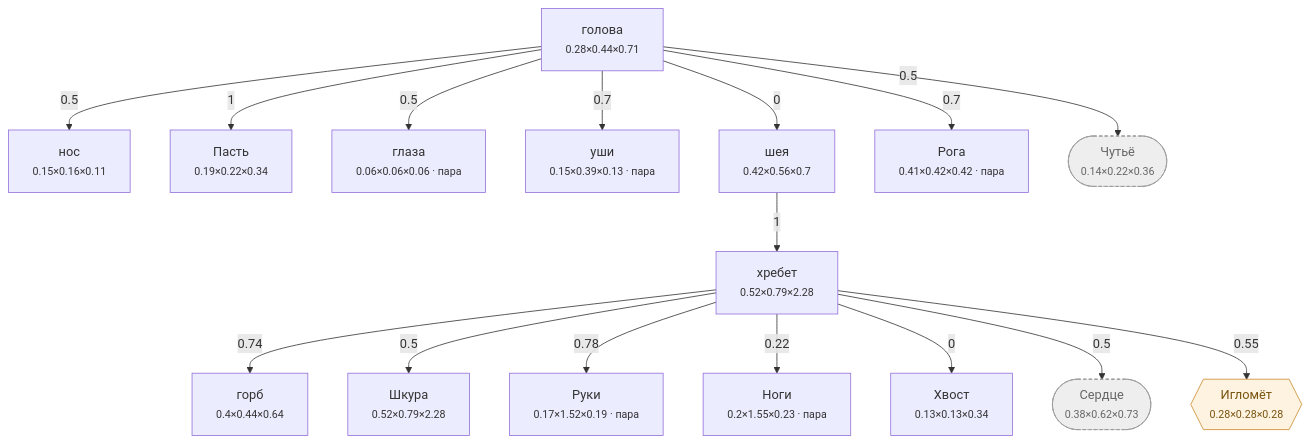
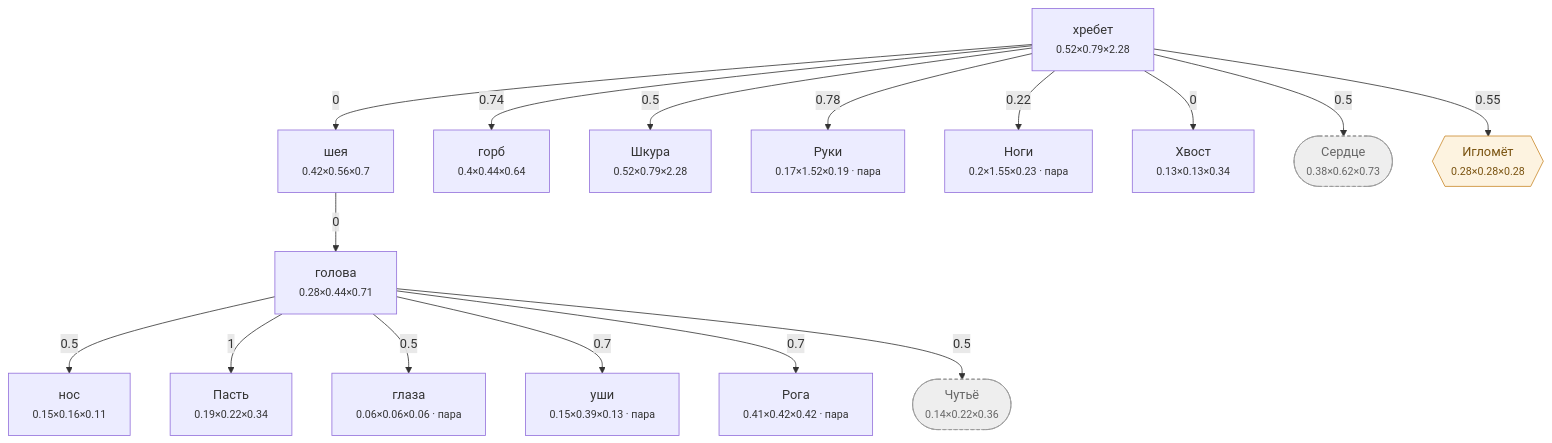
One commit to darklordshish/ChimeraEvolution-2026-06-26_15-29-59 changed the diagram in Docs/Диаграммы/Лось.md. Above: the diagram before and after it, drawn with Mermaid. The commit also changed other lines of this file and 6 other files, not shown here.

````diff
--- a/Docs/Диаграммы/Лось.md
+++ b/Docs/Диаграммы/Лось.md
@@ -161,41 +161,41 @@
 ```mermaid
 flowchart TD
     n0["хребет<br/><small>0.52×0.79×2.28</small>"]
     n1["нос<br/><small>0.15×0.16×0.11</small>"]
     n2["голова<br/><small>0.28×0.44×0.71</small>"]
     n3["Пасть<br/><small>0.19×0.22×0.34</small>"]
     n4["глаза<br/><small>0.06×0.06×0.06 · пара</small>"]
     n5["уши<br/><small>0.15×0.39×0.13 · пара</small>"]
     n6["шея<br/><small>0.42×0.56×0.7</small>"]
     n7["горб<br/><small>0.4×0.44×0.64</small>"]
     n8["Шкура<br/><small>0.52×0.79×2.28</small>"]
     n9["Руки<br/><small>0.17×1.52×0.19 · пара</small>"]
     n10["Ноги<br/><small>0.2×1.55×0.23 · пара</small>"]
     n11["Хвост<br/><small>0.13×0.13×0.34</small>"]
     n12["Рога<br/><small>0.41×0.42×0.42 · пара</small>"]
     n13(["Сердце<br/><small>0.38×0.62×0.73</small>"])
     n14(["Чутьё<br/><small>0.14×0.22×0.36</small>"])
     n15{{"Игломёт<br/><small>0.28×0.28×0.28</small>"}}
 
-    n6 -->|1| n0
     n2 -->|0.5| n1
+    n6 -->|0| n2
     n2 -->|1| n3
     n2 -->|0.5| n4
     n2 -->|0.7| n5
-    n2 -->|0| n6
+    n0 -->|0| n6
     n0 -->|0.74| n7
     n0 -->|0.5| n8
     n0 -->|0.78| n9
     n0 -->|0.22| n10
     n0 -->|0| n11
     n2 -->|0.7| n12
     n0 -->|0.5| n13
     n2 -->|0.5| n14
     n0 -->|0.55| n15
 
     classDef hid fill:#eee,stroke:#999,stroke-dasharray:4 3,color:#666
     classDef gr fill:#fdf3e0,stroke:#c98a2b,color:#7a5310
     classDef ch fill:#e8f2ff,stroke:#3b74c4,color:#1c3f70
     class n13,n14 hid
     class n15 gr
 ```
````
